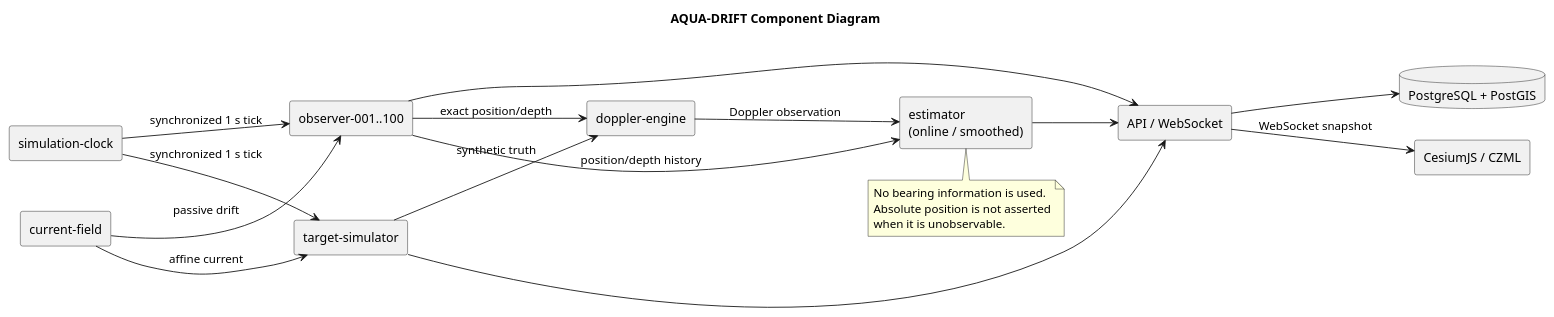
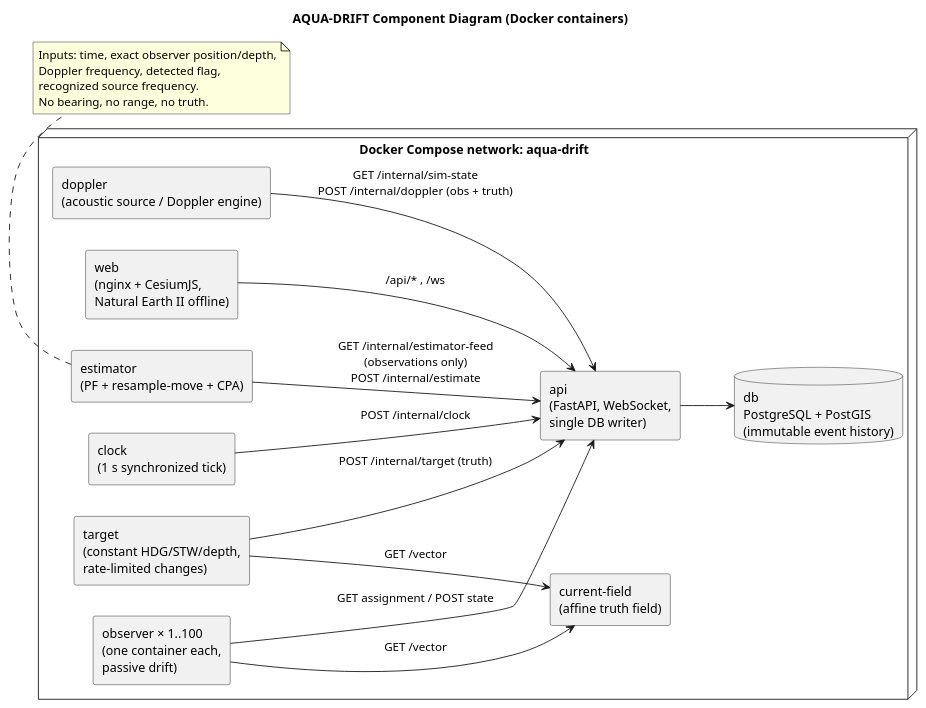
One commit to UeEmon/aqua-drift-simulator changed the diagram in docs/uml/components.puml. Above: the diagram before and after it, drawn with PlantUML. The commit also changed 12 other files, not shown here.

```diff
--- a/docs/uml/components.puml
+++ b/docs/uml/components.puml
@@ -1,35 +1,34 @@
 @startuml
-title AQUA-DRIFT Component Diagram
+title AQUA-DRIFT Component Diagram (Docker containers)
 left to right direction
 skinparam componentStyle rectangle
 
-component "simulation-clock" as Clock
-component "target-simulator" as Target
-component "observer-001..100" as Observer
-component "current-field" as Field
-component "doppler-engine" as Doppler
-component "estimator\n(online / smoothed)" as Estimator
-database "PostgreSQL + PostGIS" as DB
-component "API / WebSocket" as API
-component "CesiumJS / CZML" as GIS
+node "Docker Compose network: aqua-drift" {
+  component "clock\n(1 s synchronized tick)" as Clock
+  component "target\n(constant HDG/STW/depth,\nrate-limited changes)" as Target
+  component "observer × 1..100\n(one container each,\npassive drift)" as Observer
+  component "current-field\n(affine truth field)" as Field
+  component "doppler\n(acoustic source / Doppler engine)" as Doppler
+  component "estimator\n(PF + resample-move + CPA)" as Estimator
+  component "api\n(FastAPI, WebSocket,\nsingle DB writer)" as API
+  database "db\nPostgreSQL + PostGIS\n(immutable event history)" as DB
+  component "web\n(nginx + CesiumJS,\nNatural Earth II offline)" as GIS
+}
 
-Clock --> Target : synchronized 1 s tick
-Clock --> Observer : synchronized 1 s tick
-Field --> Target : affine current
-Field --> Observer : passive drift
-Target --> Doppler : synthetic truth
-Observer --> Doppler : exact position/depth
-Doppler --> Estimator : Doppler observation
-Observer --> Estimator : position/depth history
-Estimator --> API
-Target --> API
-Observer --> API
+Clock --> API : POST /internal/clock
+Target --> Field : GET /vector
+Observer --> Field : GET /vector
+Target --> API : POST /internal/target (truth)
+Observer --> API : GET assignment / POST state
+Doppler --> API : GET /internal/sim-state\nPOST /internal/doppler (obs + truth)
+Estimator --> API : GET /internal/estimator-feed\n(observations only)\nPOST /internal/estimate
 API --> DB
-API --> GIS : WebSocket snapshot
+GIS --> API : /api/* , /ws
 
 note bottom of Estimator
-No bearing information is used.
-Absolute position is not asserted
-when it is unobservable.
+Inputs: time, exact observer position/depth,
+Doppler frequency, detected flag,
+recognized source frequency.
+No bearing, no range, no truth.
 end note
 @enduml
```
